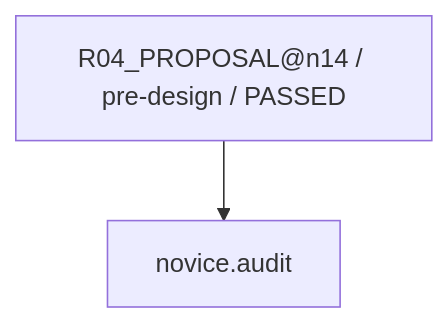
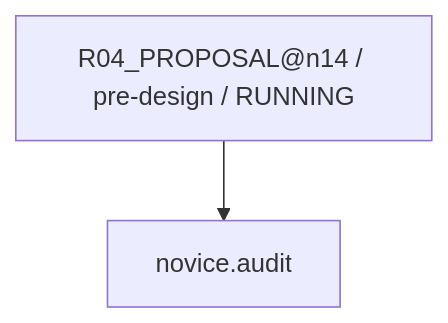
Diagram 15 of 28 in work/items/W-MATH-048-n1314-source-audit/generated/CAPABILITY_FIRE_DIAGRAM.md (rrikunagasige-dot/kyotsu-step-web), drawn with Mermaid before and after one commit. The commit also changed other lines of this file and 357 other files, not shown here.

````diff
--- a/work/items/W-MATH-048-n1314-source-audit/generated/CAPABILITY_FIRE_DIAGRAM.md
+++ b/work/items/W-MATH-048-n1314-source-audit/generated/CAPABILITY_FIRE_DIAGRAM.md
@@ -237,6 +237,6 @@
 ```mermaid
 flowchart TD
-  N0["R04_PROPOSAL@n14 / pre-design / PASSED"]
+  N0["R04_PROPOSAL@n14 / pre-design / RUNNING"]
   N1["novice.audit"]
   N0 --> N1
 ```
````
